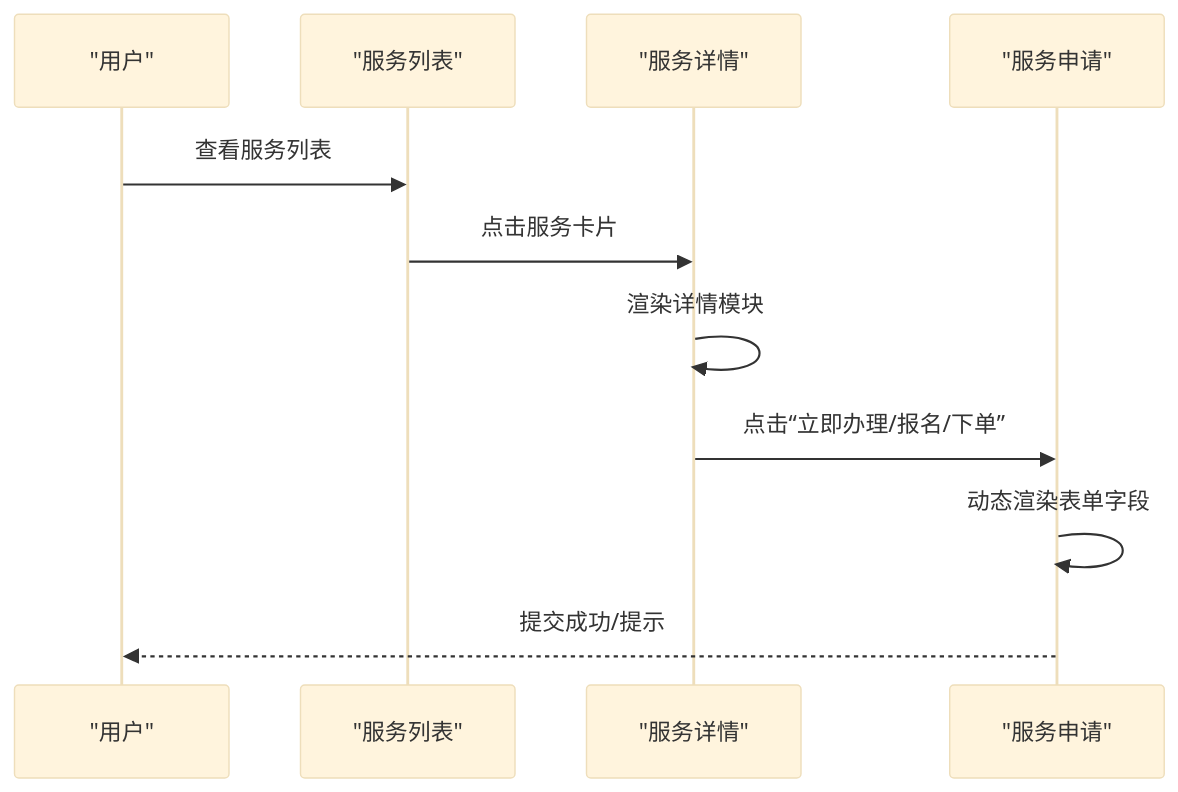
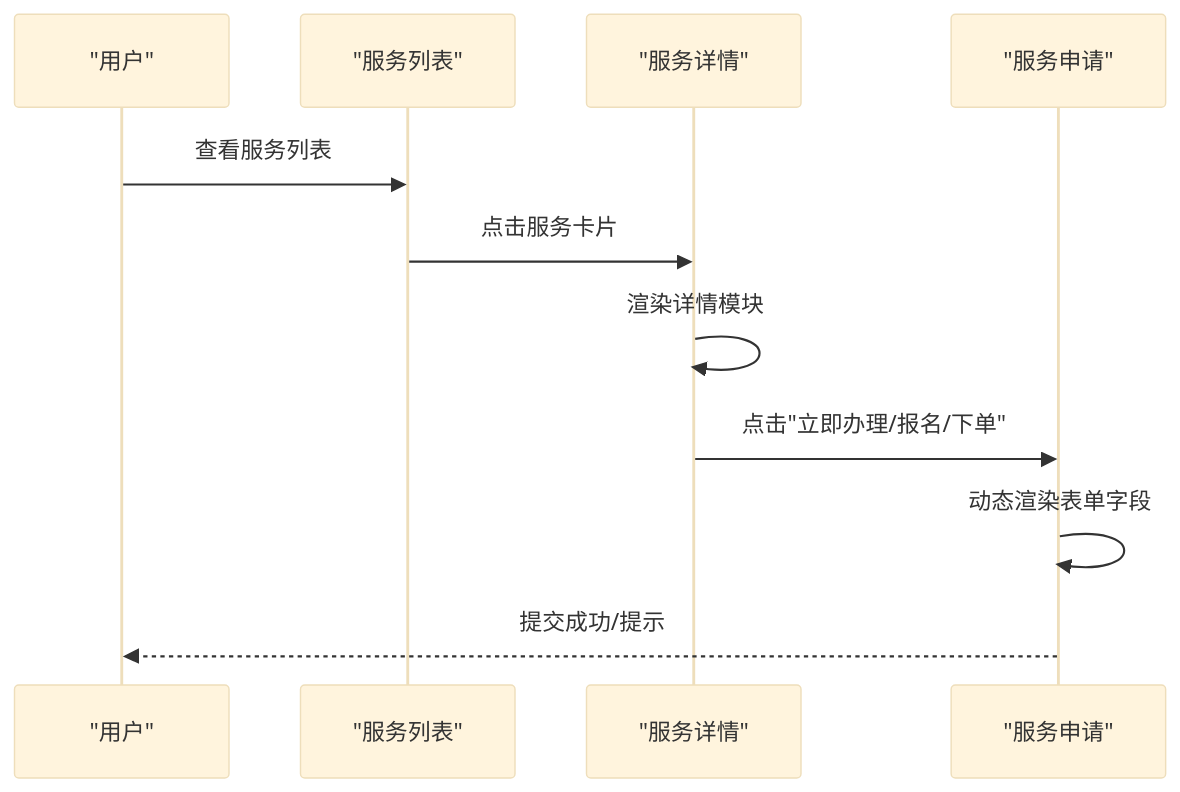
Before and after one commit to Giraffe-Han/microAPP: the fourth of 8 diagrams in .qoder/repowiki/zh/content/前端应用架构/页面视图设计.md, drawn with Mermaid (base theme). The commit also changed other lines of this file and 6 other files, not shown here.

````diff
--- a/.qoder/repowiki/zh/content/前端应用架构/页面视图设计.md
+++ b/.qoder/repowiki/zh/content/前端应用架构/页面视图设计.md
@@ -199,13 +242,13 @@
 ```mermaid
 sequenceDiagram
 participant U as "用户"
 participant L as "服务列表"
 participant D as "服务详情"
 participant A as "服务申请"
 U->>L : 查看服务列表
 L->>D : 点击服务卡片
 D->>D : 渲染详情模块
-D->>A : 点击“立即办理/报名/下单”
+D->>A : 点击"立即办理/报名/下单"
 A->>A : 动态渲染表单字段
 A-->>U : 提交成功/提示
 ```
````
